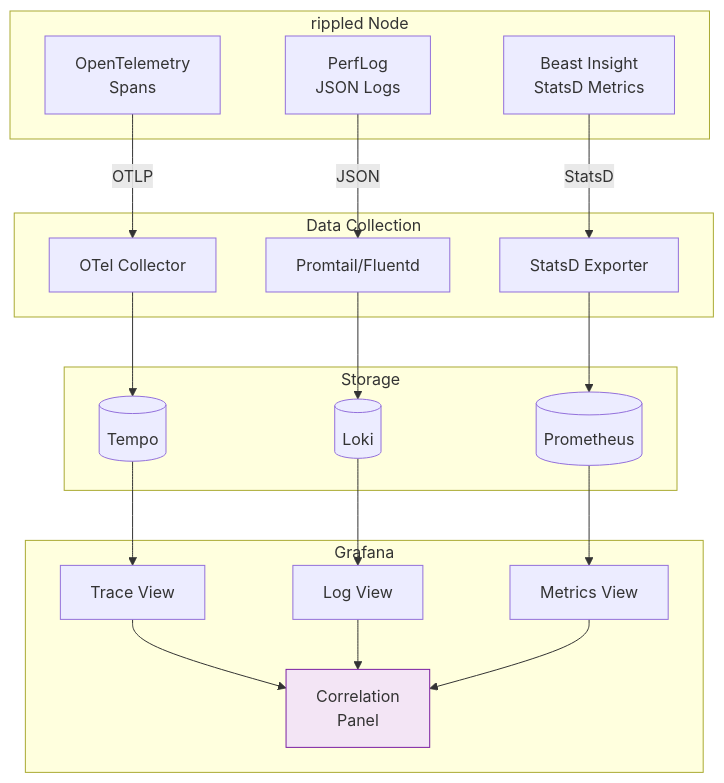
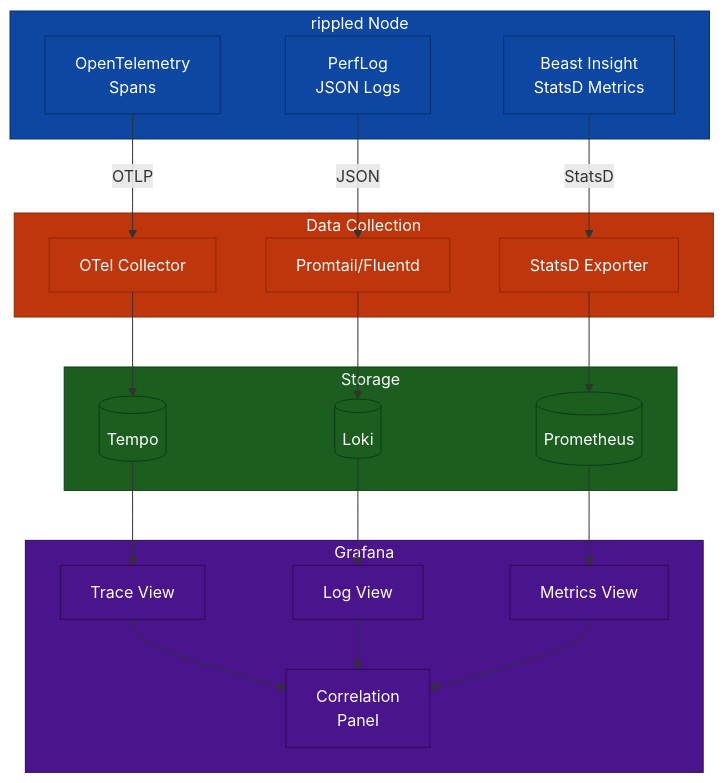
The fourth of 4 diagrams in OpenTelemetryPlan/07-observability-backends.md (XRPL-Node/rippled), drawn with Mermaid before and after one commit. The commit also changed other lines of this file and 8 other files, not shown here.

````diff
--- a/OpenTelemetryPlan/07-observability-backends.md
+++ b/OpenTelemetryPlan/07-observability-backends.md
@@ -388,41 +403,57 @@
 ```mermaid
 flowchart TB
     subgraph rippled["rippled Node"]
         otel[OpenTelemetry<br/>Spans]
         perflog[PerfLog<br/>JSON Logs]
         insight[Beast Insight<br/>StatsD Metrics]
     end
 
     subgraph collectors["Data Collection"]
         otelc[OTel Collector]
         promtail[Promtail/Fluentd]
         statsd[StatsD Exporter]
     end
 
     subgraph storage["Storage"]
         tempo[(Tempo)]
         loki[(Loki)]
         prom[(Prometheus)]
     end
 
     subgraph grafana["Grafana"]
         traces[Trace View]
         logs[Log View]
         metrics[Metrics View]
         corr[Correlation<br/>Panel]
     end
 
     otel -->|OTLP| otelc --> tempo
     perflog -->|JSON| promtail --> loki
     insight -->|StatsD| statsd --> prom
 
     tempo --> traces
     loki --> logs
     prom --> metrics
 
     traces --> corr
     logs --> corr
     metrics --> corr
 
-    style corr fill:#f3e5f5,stroke:#7b1fa2
+    style rippled fill:#0d47a1,stroke:#082f6a,color:#fff
+    style collectors fill:#bf360c,stroke:#8c2809,color:#fff
+    style storage fill:#1b5e20,stroke:#0d3d14,color:#fff
+    style grafana fill:#4a148c,stroke:#2e0d57,color:#fff
+    style otel fill:#0d47a1,stroke:#082f6a,color:#fff
+    style perflog fill:#0d47a1,stroke:#082f6a,color:#fff
+    style insight fill:#0d47a1,stroke:#082f6a,color:#fff
+    style otelc fill:#bf360c,stroke:#8c2809,color:#fff
+    style promtail fill:#bf360c,stroke:#8c2809,color:#fff
+    style statsd fill:#bf360c,stroke:#8c2809,color:#fff
+    style tempo fill:#1b5e20,stroke:#0d3d14,color:#fff
+    style loki fill:#1b5e20,stroke:#0d3d14,color:#fff
+    style prom fill:#1b5e20,stroke:#0d3d14,color:#fff
+    style traces fill:#4a148c,stroke:#2e0d57,color:#fff
+    style logs fill:#4a148c,stroke:#2e0d57,color:#fff
+    style metrics fill:#4a148c,stroke:#2e0d57,color:#fff
+    style corr fill:#4a148c,stroke:#2e0d57,color:#fff
 ```
````
